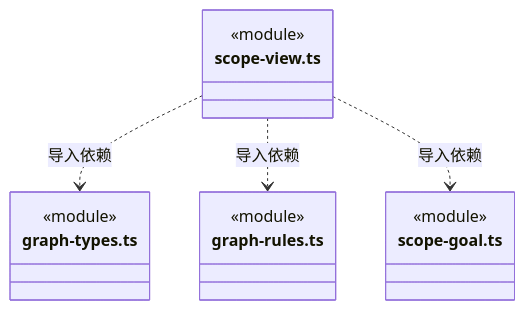
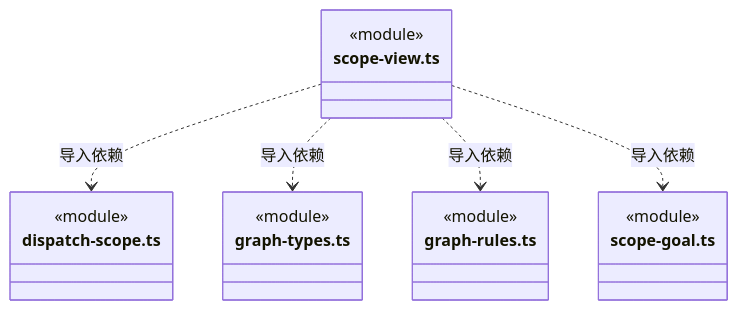
One commit to nan023062/cbim changed diagram 48 of 50 in src/backend/core/tasks/ARCHITECTURE.md. Above: the diagram before and after it, drawn with Mermaid. The commit also changed other lines of this file and 65 other files, not shown here.

````diff
--- a/src/backend/core/tasks/ARCHITECTURE.md
+++ b/src/backend/core/tasks/ARCHITECTURE.md
@@ -1154,18 +1219,22 @@
 ```mermaid
 classDiagram
 class N_src_backend_core_tasks_scope_view_ts["scope-view.ts"] {
+  <<module>>
+}
+class N_src_backend_core_tasks_dispatch_scope_ts["dispatch-scope.ts"] {
   <<module>>
 }
 class N_src_backend_core_tasks_graph_types_ts["graph-types.ts"] {
   <<module>>
 }
 class N_src_backend_core_tasks_graph_rules_ts["graph-rules.ts"] {
   <<module>>
 }
 class N_src_backend_core_tasks_scope_goal_ts["scope-goal.ts"] {
   <<module>>
 }
+N_src_backend_core_tasks_scope_view_ts ..> N_src_backend_core_tasks_dispatch_scope_ts : 导入依赖
 N_src_backend_core_tasks_scope_view_ts ..> N_src_backend_core_tasks_graph_types_ts : 导入依赖
 N_src_backend_core_tasks_scope_view_ts ..> N_src_backend_core_tasks_graph_rules_ts : 导入依赖
 N_src_backend_core_tasks_scope_view_ts ..> N_src_backend_core_tasks_scope_goal_ts : 导入依赖
 ```
````
